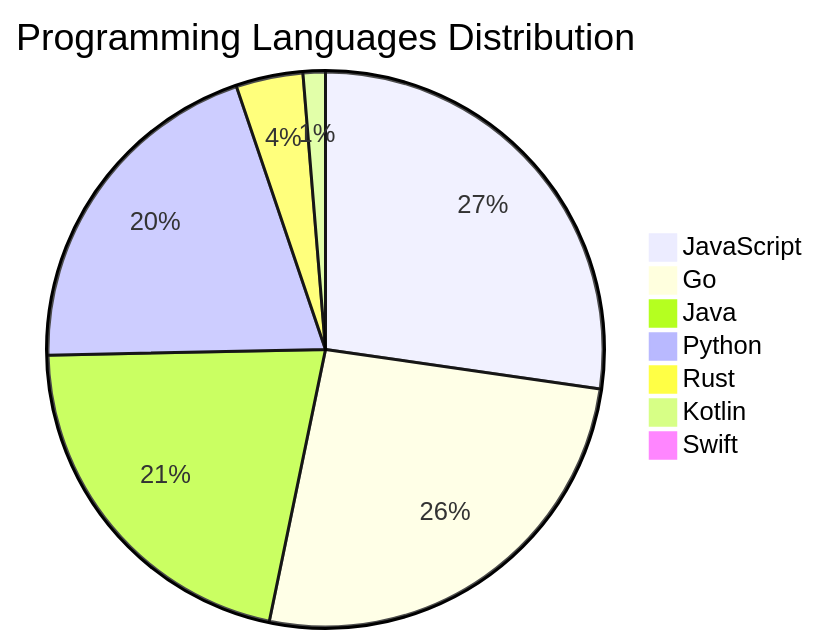
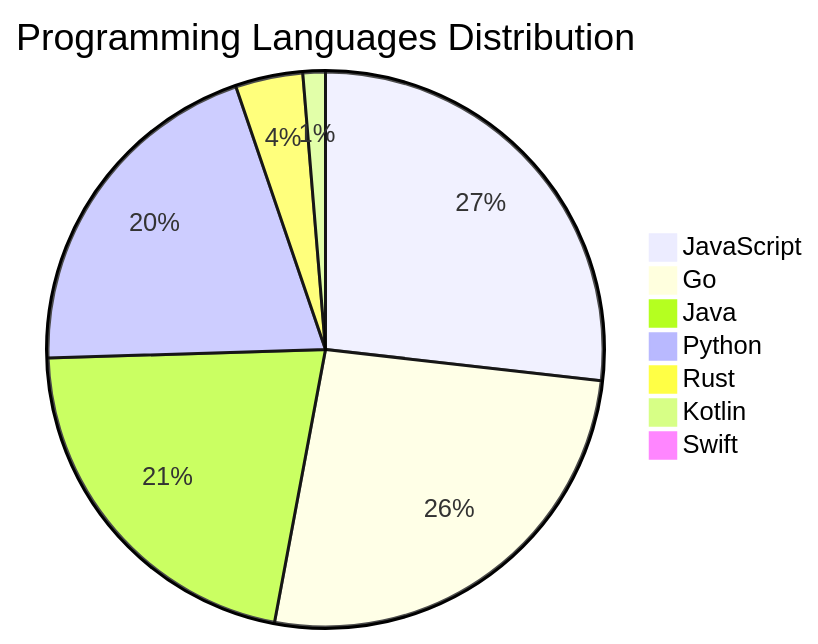
Before and after one commit to Derrick-MUGISHA/github-activity-bot: the diagram in README.md, drawn with Mermaid. The commit also changed other lines of this file and 4 other files, not shown here.

````diff
--- a/README.md
+++ b/README.md
@@ -207,10 +207,10 @@
 ```mermaid
 pie title Programming Languages Distribution
-    "JavaScript" : 42
+    "JavaScript" : 41
     "Go" : 40
     "Java" : 33
     "Python" : 31
     "Rust" : 6
     "Kotlin" : 2
     "Swift" : 1
 ```
````
